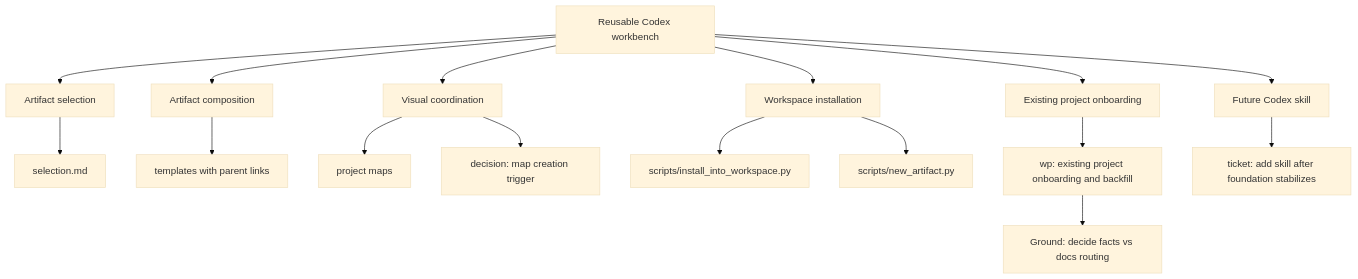
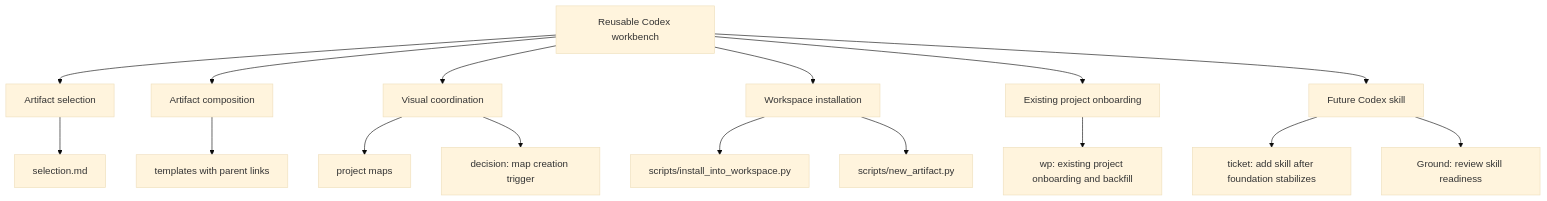
The diagram in work/maps/map-tool-shed-foundation.md (PC-Redemption/tool_shed), drawn with Mermaid (base theme) before and after one commit. The commit also changed other lines of this file and 5 other files, not shown here.

````diff
--- a/work/maps/map-tool-shed-foundation.md
+++ b/work/maps/map-tool-shed-foundation.md
@@ -14,20 +14,20 @@
 ```mermaid
 flowchart TD
   A[Reusable Codex workbench] --> B[Artifact selection]
   A --> C[Artifact composition]
   A --> D[Visual coordination]
   A --> E[Workspace installation]
   A --> F[Existing project onboarding]
   A --> G[Future Codex skill]
 
   B --> H[selection.md]
   C --> I[templates with parent links]
   D --> J[project maps]
   D --> K[decision: map creation trigger]
   E --> L[scripts/install_into_workspace.py]
   E --> M[scripts/new_artifact.py]
   F --> N[wp: existing project onboarding and backfill]
   G --> O[ticket: add skill after foundation stabilizes]
 
-  N --> P[Ground: decide facts vs docs routing]
+  G --> P[Ground: review skill readiness]
 ```
````
